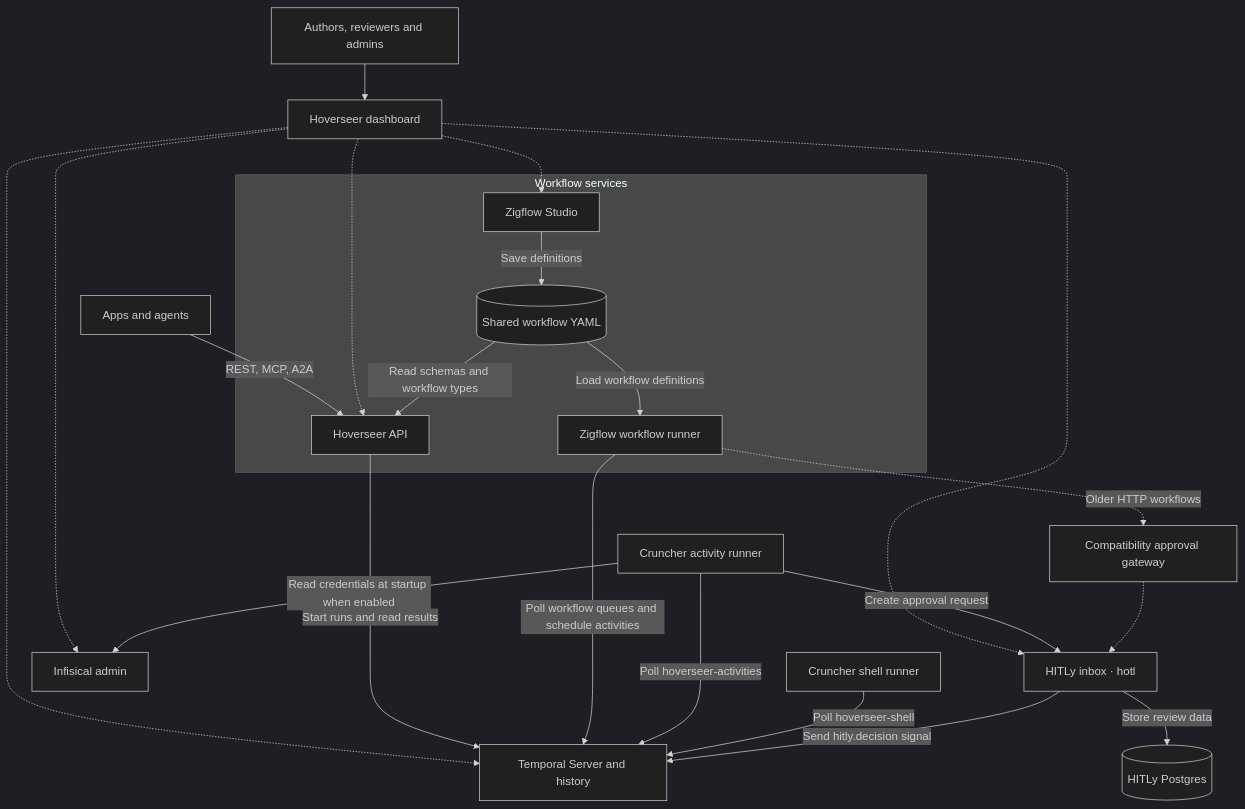
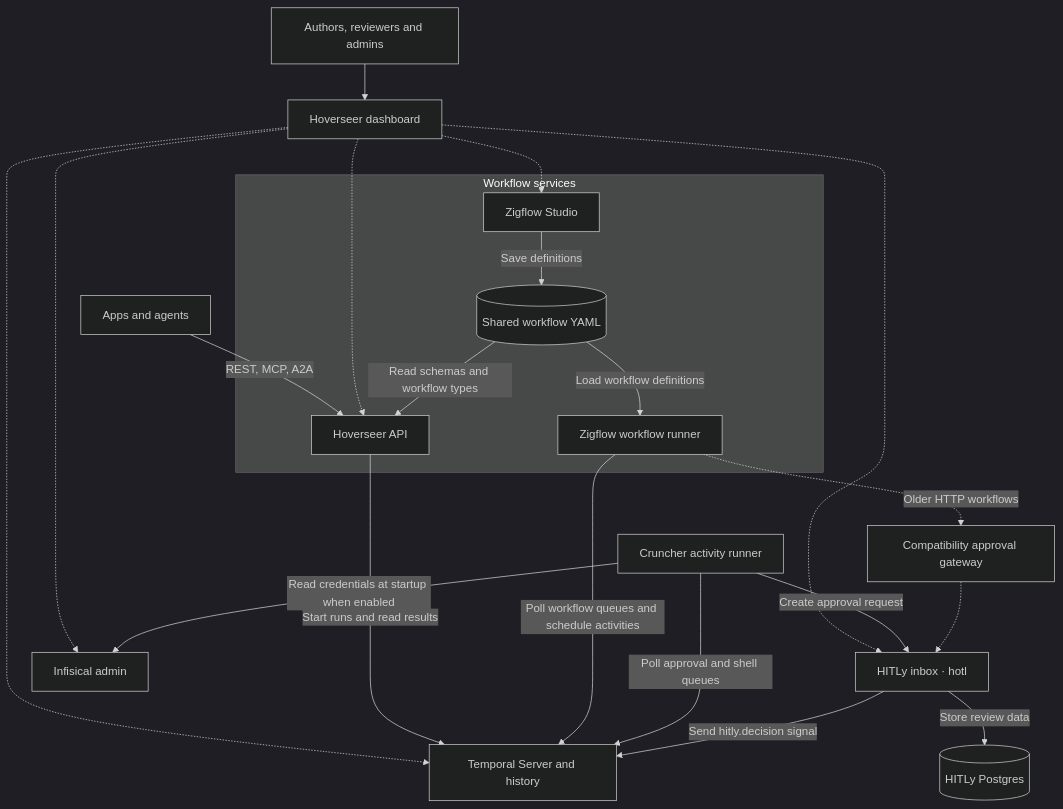
Before and after one commit to tbrandenburg/hoverseer: the diagram in README.md, drawn with Mermaid (dark theme). The commit also changed other lines of this file and 4 other files, not shown here.

Commit message:
Run shell and approval activities in one Cruncher

````diff
--- a/README.md
+++ b/README.md
@@ -26,31 +25,30 @@
 ```mermaid
 flowchart TD
     Callers["Apps and agents"] -->|"REST, MCP, A2A"| API
     People["Authors, reviewers and admins"] --> Dashboard["Hoverseer dashboard"]
     Dashboard -.-> Studio
     Dashboard -.-> HOTL
     Dashboard -.-> API
     Dashboard -.-> Temporal
     Dashboard -.-> Infisical["Infisical admin"]
     Cruncher -->|"Read credentials at startup when enabled"| Infisical
 
     subgraph Workflows["Workflow services"]
         Studio["Zigflow Studio"]
         YAML[("Shared workflow YAML")]
         API["Hoverseer API"]
         Zigflow["Zigflow workflow runner"]
         Studio -->|"Save definitions"| YAML
         YAML -->|"Read schemas and workflow types"| API
         YAML -->|"Load workflow definitions"| Zigflow
     end
 
     API -->|"Start runs and read results"| Temporal["Temporal Server and history"]
     Zigflow -->|"Poll workflow queues and schedule activities"| Temporal
-    Cruncher["Cruncher activity runner"] -->|"Poll hoverseer-activities"| Temporal
-    Shell["Cruncher shell runner"] -->|"Poll hoverseer-shell"| Temporal
+    Cruncher["Cruncher activity runner"] -->|"Poll approval and shell queues"| Temporal
     Cruncher -->|"Create approval request"| HOTL["HITLy inbox · hotl"]
     HOTL -->|"Send hitly.decision signal"| Temporal
     HOTL -->|"Store review data"| Postgres[("HITLy Postgres")]
     Zigflow -.->|"Older HTTP workflows"| Gateway["Compatibility approval gateway"]
     Gateway -.-> HOTL
 ```
````
